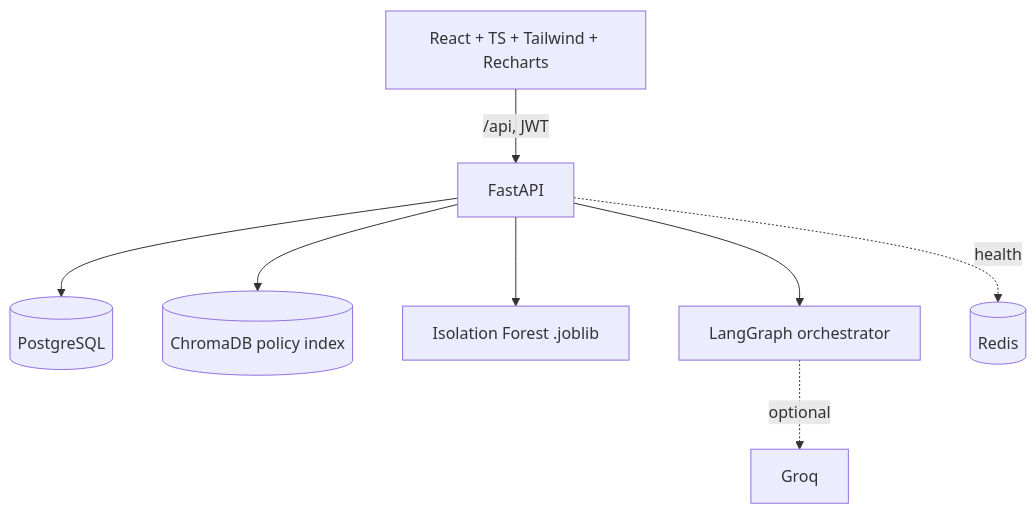
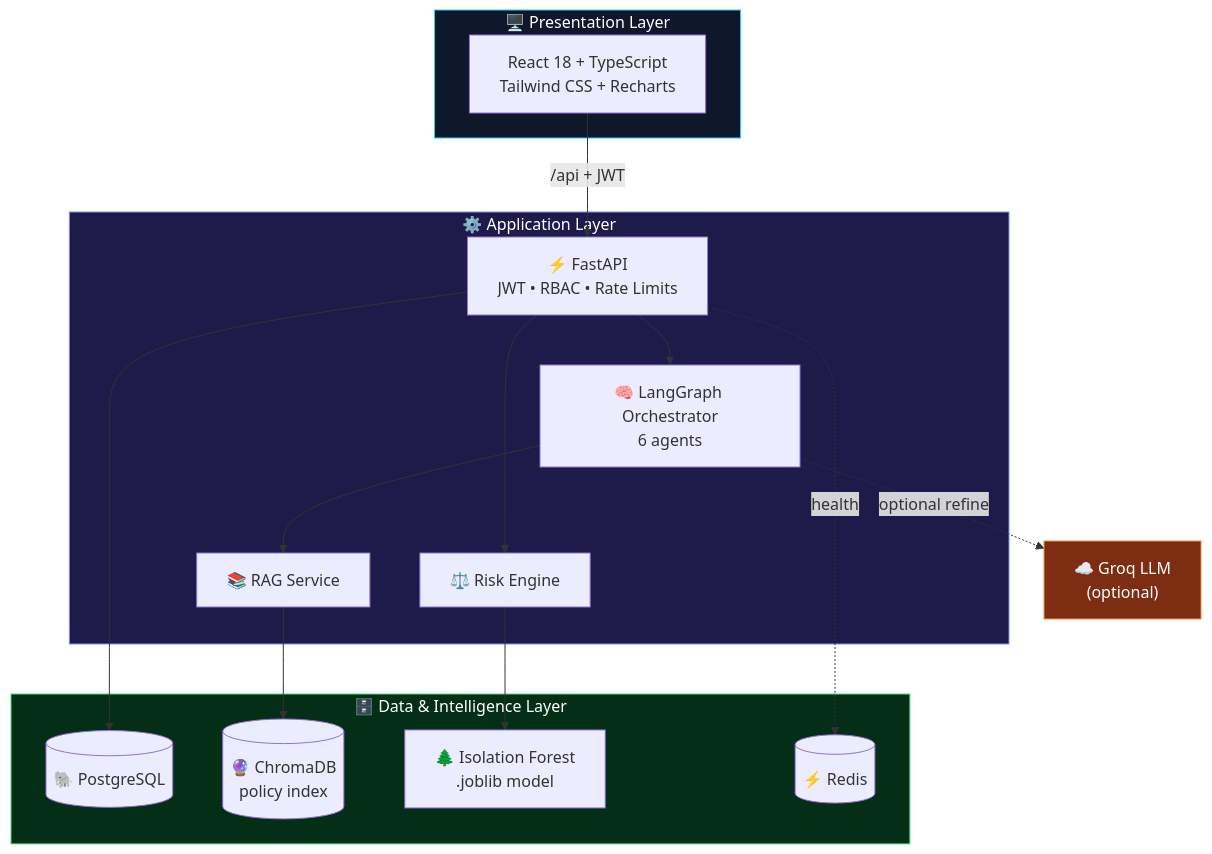
Before and after one commit to saifullah857/aegisbank-ai: the second of 4 diagrams in README.md, drawn with Mermaid. The commit also changed other lines of this file, not shown here.

````diff
--- a/README.md
+++ b/README.md
@@ -21,9 +171,37 @@
 ```mermaid
 flowchart TB
-  UI[React + TS + Tailwind + Recharts] -->|/api, JWT| API[FastAPI]
-  API --> DB[(PostgreSQL)]
-  API --> V[(ChromaDB policy index)]
-  API --> ML[Isolation Forest .joblib]
-  API --> G[LangGraph orchestrator] -.optional.-> LLM[Groq]
-  API -.health.-> Redis[(Redis)]
+    subgraph CLIENT["🖥️ Presentation Layer"]
+        UI["React 18 + TypeScript<br/>Tailwind CSS + Recharts"]
+    end
+
+    subgraph SERVER["⚙️ Application Layer"]
+        API["⚡ FastAPI<br/>JWT • RBAC • Rate Limits"]
+        RISK["⚖️ Risk Engine"]
+        ORCH["🧠 LangGraph Orchestrator<br/>6 agents"]
+        RAG["📚 RAG Service"]
+    end
+
+    subgraph DATA["🗄️ Data & Intelligence Layer"]
+        PG[("🐘 PostgreSQL")]
+        CH[("🔮 ChromaDB<br/>policy index")]
+        ML["🌲 Isolation Forest<br/>.joblib model"]
+        RD[("⚡ Redis")]
+    end
+
+    LLM["☁️ Groq LLM<br/>(optional)"]
+
+    UI -- "/api + JWT" --> API
+    API --> RISK
+    API --> ORCH
+    RISK --> ML
+    ORCH --> RAG
+    RAG --> CH
+    API --> PG
+    API -. health .-> RD
+    ORCH -. optional refine .-> LLM
+
+    style CLIENT fill:#0f172a,stroke:#22d3ee,color:#fff
+    style SERVER fill:#1e1b4b,stroke:#818cf8,color:#fff
+    style DATA fill:#052e16,stroke:#4ade80,color:#fff
+    style LLM fill:#7c2d12,stroke:#fb923c,color:#fff
 ```
````
